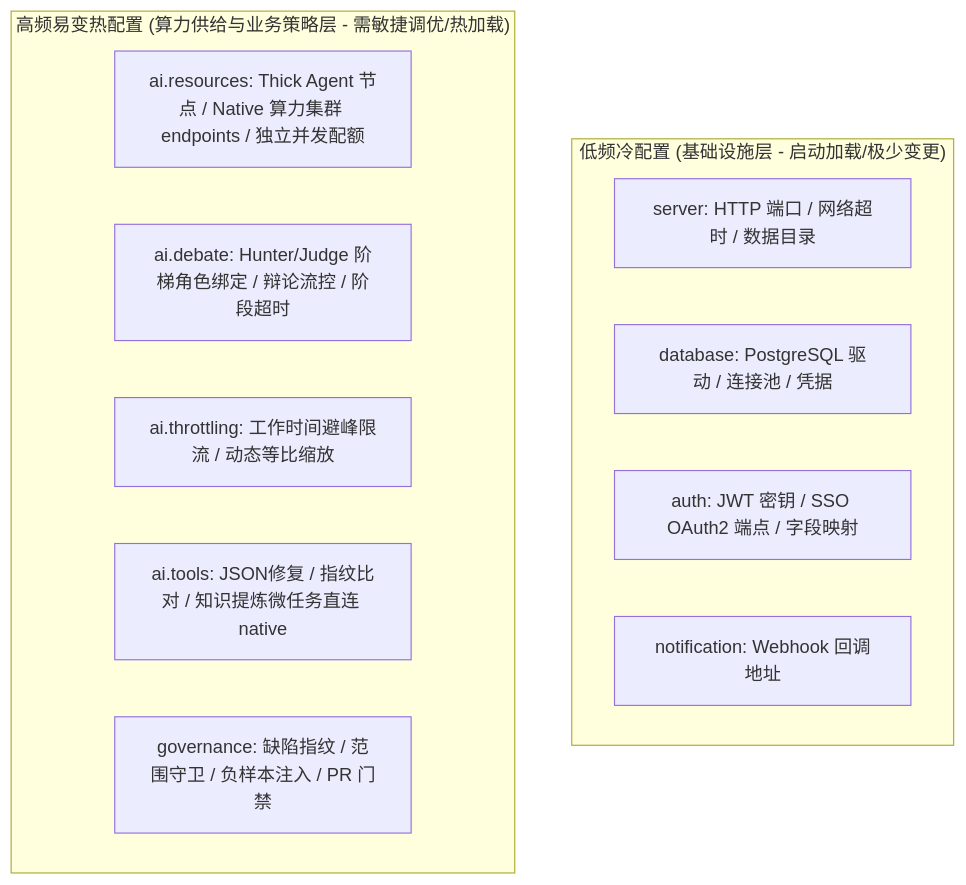
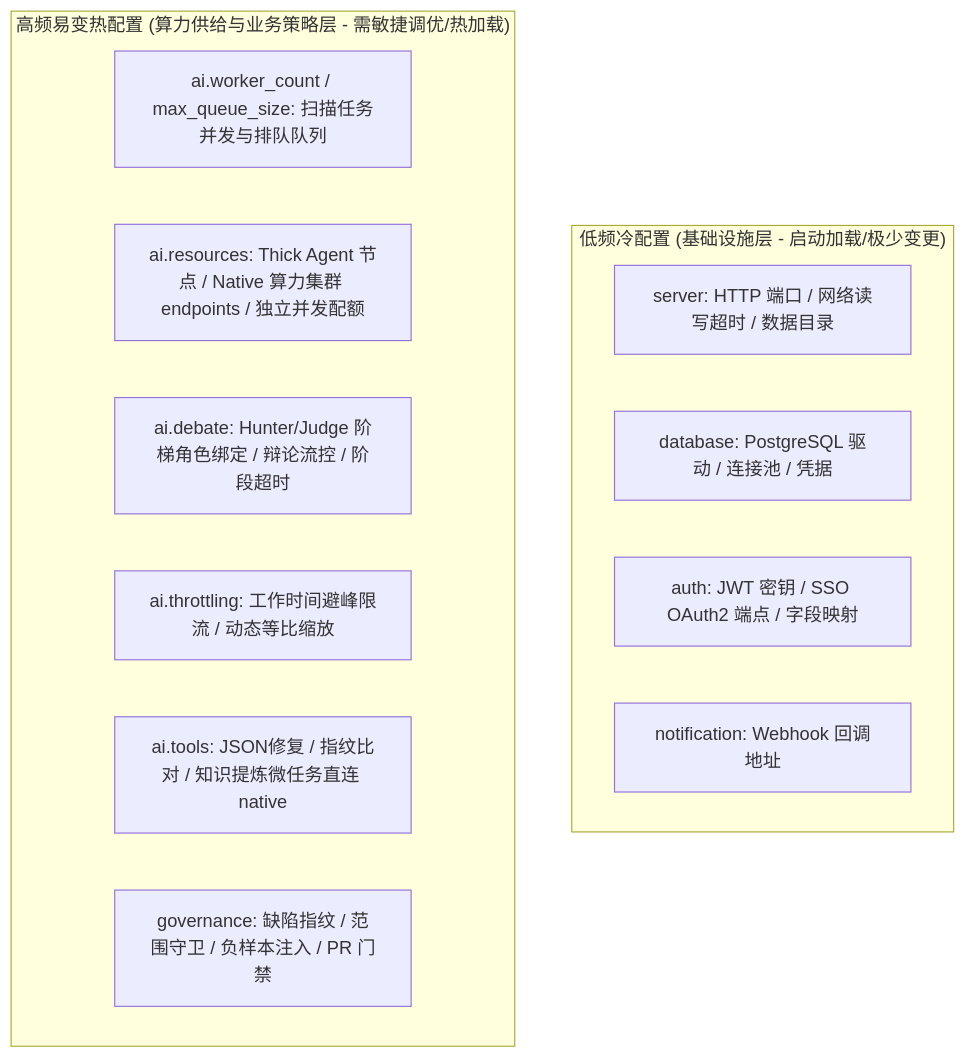
The first of 3 diagrams in docs/native-llm-architecture/02-CodeShield-AI执行引擎与企业治理配置架构优化设计.md (fugui/code-shield), drawn with Mermaid before and after one commit. The commit also changed other lines of this file, not shown here.

````diff
--- a/docs/native-llm-architecture/02-CodeShield-AI执行引擎与企业治理配置架构优化设计.md
+++ b/docs/native-llm-architecture/02-CodeShield-AI执行引擎与企业治理配置架构优化设计.md
@@ -19,17 +19,18 @@
 ```mermaid
 graph TD
     subgraph ColdConfig ["低频冷配置 (基础设施层 - 启动加载/极少变更)"]
-        Server["server: HTTP 端口 / 网络超时 / 数据目录"]
+        Server["server: HTTP 端口 / 网络读写超时 / 数据目录"]
         DB["database: PostgreSQL 驱动 / 连接池 / 凭据"]
         Auth["auth: JWT 密钥 / SSO OAuth2 端点 / 字段映射"]
         Notify["notification: Webhook 回调地址"]
     end
 
     subgraph HotConfig ["高频易变热配置 (算力供给与业务策略层 - 需敏捷调优/热加载)"]
+        AI_Tasks["ai.worker_count / max_queue_size: 扫描任务并发与排队队列"]
         AI_Compute["ai.resources: Thick Agent 节点 / Native 算力集群 endpoints / 独立并发配额"]
         AI_Debate["ai.debate: Hunter/Judge 阶梯角色绑定 / 辩论流控 / 阶段超时"]
         AI_Throttling["ai.throttling: 工作时间避峰限流 / 动态等比缩放"]
         AI_Tools["ai.tools: JSON修复 / 指纹比对 / 知识提炼微任务直连 native"]
         Gov_Policy["governance: 缺陷指纹 / 范围守卫 / 负样本注入 / PR 门禁"]
     end
 ```
````
